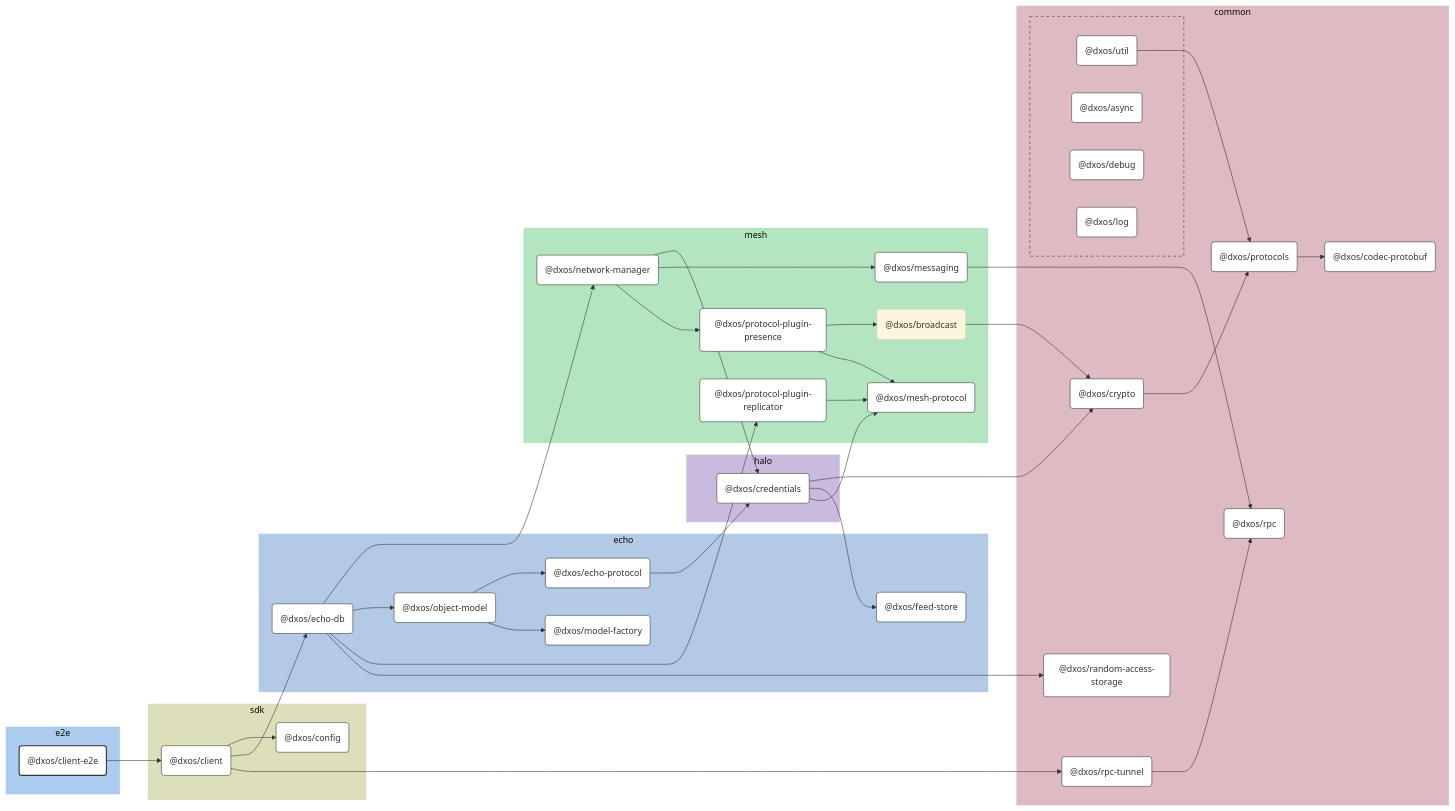
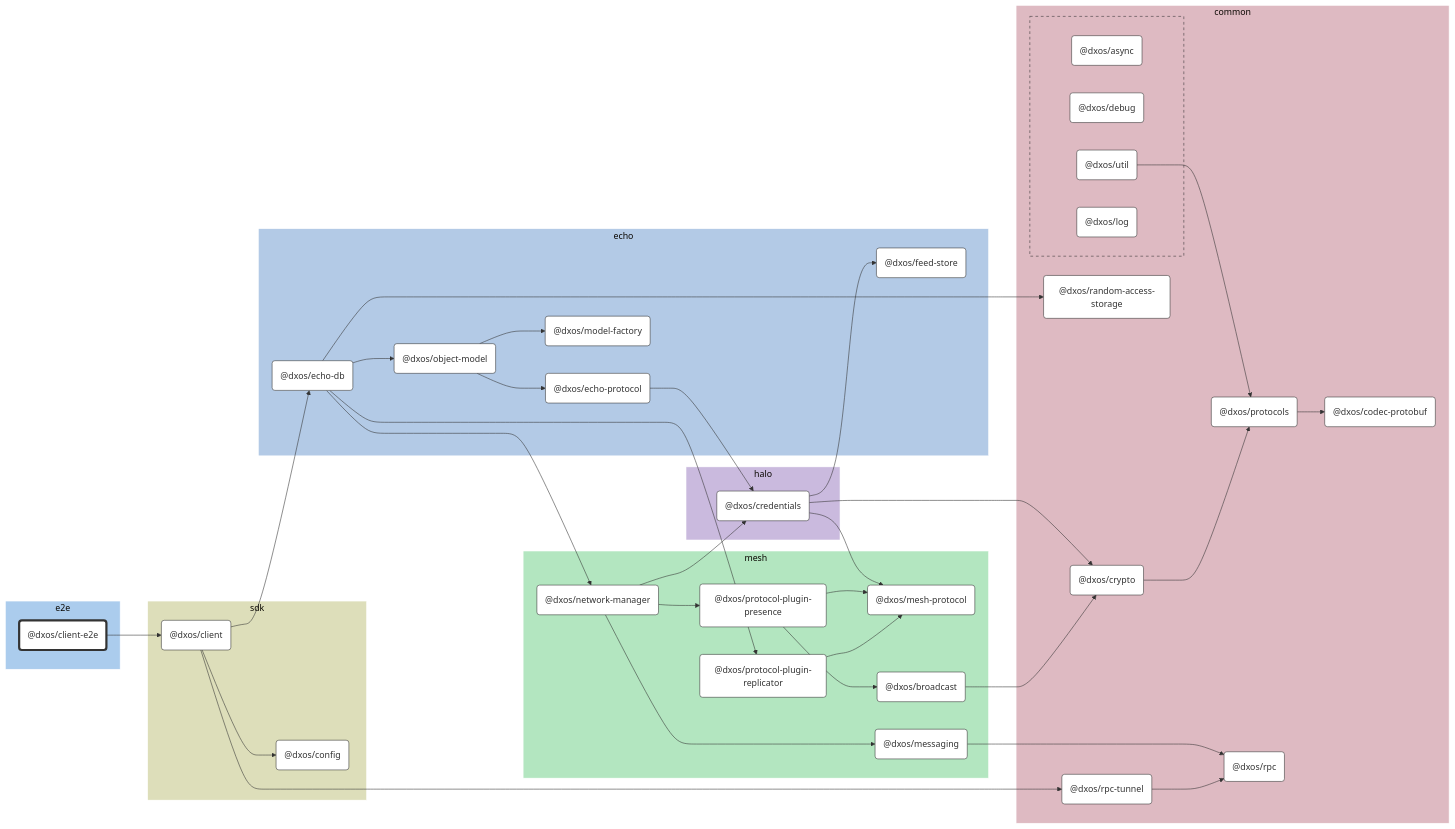
The diagram in e2e/client/docs/README.md (dxos/dxos), drawn with Mermaid (base theme) before and after one commit. The commit also changed other lines of this file and 104 other files, not shown here.

````diff
--- a/e2e/client/docs/README.md
+++ b/e2e/client/docs/README.md
@@ -9,149 +9,116 @@
 
 flowchart LR
 
-%% Links
-dxos/broadcast --> dxos/crypto;
-dxos/client --> dxos/config;
-dxos/client --> dxos/echo-db;
-dxos/client --> dxos/rpc-tunnel;
-dxos/client-e2e --> dxos/client;
-dxos/credentials --> dxos/crypto;
-dxos/credentials --> dxos/feed-store;
-dxos/credentials --> dxos/mesh-protocol;
-dxos/crypto --> dxos/protocols;
-dxos/echo-db --> dxos/network-manager;
-dxos/echo-db --> dxos/object-model;
-dxos/echo-db --> dxos/protocol-plugin-replicator;
-dxos/echo-db --> dxos/random-access-storage;
-dxos/echo-protocol --> dxos/credentials;
-dxos/messaging --> dxos/rpc;
-dxos/network-manager --> dxos/credentials;
-dxos/network-manager --> dxos/messaging;
-dxos/network-manager --> dxos/protocol-plugin-presence;
-dxos/object-model --> dxos/echo-protocol;
-dxos/object-model --> dxos/model-factory;
-dxos/protocol-plugin-presence --> dxos/broadcast;
-dxos/protocol-plugin-presence --> dxos/mesh-protocol;
-dxos/protocol-plugin-replicator --> dxos/mesh-protocol;
-dxos/protocols --> dxos/codec-protobuf;
-dxos/rpc-tunnel --> dxos/rpc;
-dxos/util --> dxos/protocols;
+%% Classes
+classDef def fill:#fff,stroke:#333,stroke-width:1px
+classDef root fill:#fff,stroke:#333,stroke-width:4px
 
-%% Sections
-subgraph e2e
-  style e2e fill:#abcced,stroke:#fff;
+%% Nodes
 
-  dxos/client-e2e("@dxos/client-e2e")
+subgraph e2e [e2e]
+  style e2e fill:#abcced,stroke:#fff
+  dxos/client-e2e("@dxos/client-e2e"):::root
+  click dxos/client-e2e "dxos/dxos/tree/main/e2e/client/docs"
 end
 
-subgraph sdk
-  style sdk fill:#dddeba,stroke:#fff;
-
-  dxos/client("@dxos/client")
-  dxos/config("@dxos/config")
+subgraph sdk [sdk]
+  style sdk fill:#dddeba,stroke:#fff
+  dxos/client("@dxos/client"):::def
+  click dxos/client "dxos/dxos/tree/main/packages/sdk/client/docs"
+  dxos/config("@dxos/config"):::def
+  click dxos/config "dxos/dxos/tree/main/packages/sdk/config/docs"
 end
 
-subgraph common
-  style common fill:#debac2,stroke:#fff;
-
-  dxos/codec-protobuf("@dxos/codec-protobuf")
-  dxos/crypto("@dxos/crypto")
-  dxos/protocols("@dxos/protocols")
-  dxos/random-access-storage("@dxos/random-access-storage")
-  dxos/rpc("@dxos/rpc")
-  dxos/rpc-tunnel("@dxos/rpc-tunnel")
+subgraph common [common]
+  style common fill:#debac2,stroke:#fff
+  dxos/codec-protobuf("@dxos/codec-protobuf"):::def
+  click dxos/codec-protobuf "dxos/dxos/tree/main/packages/common/codec-protobuf/docs"
+  dxos/protocols("@dxos/protocols"):::def
+  click dxos/protocols "dxos/dxos/tree/main/packages/common/protocols/docs"
+  dxos/crypto("@dxos/crypto"):::def
+  click dxos/crypto "dxos/dxos/tree/main/packages/common/crypto/docs"
+  dxos/rpc("@dxos/rpc"):::def
+  click dxos/rpc "dxos/dxos/tree/main/packages/common/rpc/docs"
+  dxos/random-access-storage("@dxos/random-access-storage"):::def
+  click dxos/random-access-storage "dxos/dxos/tree/main/packages/common/random-access-storage/docs"
+  dxos/rpc-tunnel("@dxos/rpc-tunnel"):::def
+  click dxos/rpc-tunnel "dxos/dxos/tree/main/packages/common/rpc-tunnel/docs"
 
   subgraph common-excluded [ ]
-    style common-excluded fill:#debac2,stroke:#333,stroke-dasharray:5 5;
-
-    dxos/async("@dxos/async")
-    dxos/debug("@dxos/debug")
-    dxos/log("@dxos/log")
-    dxos/util("@dxos/util")
+    style common-excluded fill:#debac2,stroke:#333,stroke-dasharray:5 5
+    dxos/async("@dxos/async"):::def
+    click dxos/async "dxos/dxos/tree/main/packages/common/async/docs"
+    dxos/debug("@dxos/debug"):::def
+    click dxos/debug "dxos/dxos/tree/main/packages/common/debug/docs"
+    dxos/util("@dxos/util"):::def
+    click dxos/util "dxos/dxos/tree/main/packages/common/util/docs"
+    dxos/log("@dxos/log"):::def
+    click dxos/log "dxos/dxos/tree/main/packages/common/log/docs"
   end
 end
 
-subgraph echo
-  style echo fill:#b3cae6,stroke:#fff;
-
-  dxos/echo-db("@dxos/echo-db")
-  dxos/echo-protocol("@dxos/echo-protocol")
-  dxos/feed-store("@dxos/feed-store")
-  dxos/model-factory("@dxos/model-factory")
-  dxos/object-model("@dxos/object-model")
+subgraph echo [echo]
+  style echo fill:#b3cae6,stroke:#fff
+  dxos/echo-db("@dxos/echo-db"):::def
+  click dxos/echo-db "dxos/dxos/tree/main/packages/echo/echo-db/docs"
+  dxos/feed-store("@dxos/feed-store"):::def
+  click dxos/feed-store "dxos/dxos/tree/main/packages/echo/feed-store/docs"
+  dxos/echo-protocol("@dxos/echo-protocol"):::def
+  click dxos/echo-protocol "dxos/dxos/tree/main/packages/echo/echo-protocol/docs"
+  dxos/model-factory("@dxos/model-factory"):::def
+  click dxos/model-factory "dxos/dxos/tree/main/packages/echo/model-factory/docs"
+  dxos/object-model("@dxos/object-model"):::def
+  click dxos/object-model "dxos/dxos/tree/main/packages/echo/object-model/docs"
 end
 
-subgraph halo
-  style halo fill:#cabade,stroke:#fff;
-
-  dxos/credentials("@dxos/credentials")
+subgraph halo [halo]
+  style halo fill:#cabade,stroke:#fff
+  dxos/credentials("@dxos/credentials"):::def
+  click dxos/credentials "dxos/dxos/tree/main/packages/halo/credentials/docs"
 end
 
-subgraph mesh
-  style mesh fill:#b3e6c0,stroke:#fff;
-
-  dxos/broadcast("@dxos/broadcast")
-  dxos/mesh-protocol("@dxos/mesh-protocol")
-  dxos/messaging("@dxos/messaging")
-  dxos/network-manager("@dxos/network-manager")
-  dxos/protocol-plugin-presence("@dxos/protocol-plugin-presence")
-  dxos/protocol-plugin-replicator("@dxos/protocol-plugin-replicator")
+subgraph mesh [mesh]
+  style mesh fill:#b3e6c0,stroke:#fff
+  dxos/mesh-protocol("@dxos/mesh-protocol"):::def
+  click dxos/mesh-protocol "dxos/dxos/tree/main/packages/mesh/mesh-protocol/docs"
+  dxos/messaging("@dxos/messaging"):::def
+  click dxos/messaging "dxos/dxos/tree/main/packages/mesh/messaging/docs"
+  dxos/network-manager("@dxos/network-manager"):::def
+  click dxos/network-manager "dxos/dxos/tree/main/packages/mesh/network-manager/docs"
+  dxos/protocol-plugin-presence("@dxos/protocol-plugin-presence"):::def
+  click dxos/protocol-plugin-presence "dxos/dxos/tree/main/packages/mesh/protocol-plugin-presence/docs"
+  dxos/broadcast("@dxos/broadcast"):::def
+  click dxos/broadcast "dxos/dxos/tree/main/packages/mesh/broadcast/docs"
+  dxos/protocol-plugin-replicator("@dxos/protocol-plugin-replicator"):::def
+  click dxos/protocol-plugin-replicator "dxos/dxos/tree/main/packages/mesh/protocol-plugin-replicator/docs"
 end
 
-
-%% Hyperlinks
-click dxos/async "dxos/dxos/tree/main/packages/common/async/docs";
-click dxos/client "dxos/dxos/tree/main/packages/sdk/client/docs";
-click dxos/codec-protobuf "dxos/dxos/tree/main/packages/common/codec-protobuf/docs";
-click dxos/config "dxos/dxos/tree/main/packages/sdk/config/docs";
-click dxos/credentials "dxos/dxos/tree/main/packages/halo/credentials/docs";
-click dxos/crypto "dxos/dxos/tree/main/packages/common/crypto/docs";
-click dxos/debug "dxos/dxos/tree/main/packages/common/debug/docs";
-click dxos/echo-db "dxos/dxos/tree/main/packages/echo/echo-db/docs";
-click dxos/echo-protocol "dxos/dxos/tree/main/packages/echo/echo-protocol/docs";
-click dxos/feed-store "dxos/dxos/tree/main/packages/echo/feed-store/docs";
-click dxos/log "dxos/dxos/tree/main/packages/common/log/docs";
-click dxos/mesh-protocol "dxos/dxos/tree/main/packages/mesh/mesh-protocol/docs";
-click dxos/messaging "dxos/dxos/tree/main/packages/mesh/messaging/docs";
-click dxos/model-factory "dxos/dxos/tree/main/packages/echo/model-factory/docs";
-click dxos/network-manager "dxos/dxos/tree/main/packages/mesh/network-manager/docs";
-click dxos/object-model "dxos/dxos/tree/main/packages/echo/object-model/docs";
-click dxos/protocol-plugin-presence "dxos/dxos/tree/main/packages/mesh/protocol-plugin-presence/docs";
-click dxos/protocol-plugin-replicator "dxos/dxos/tree/main/packages/mesh/protocol-plugin-replicator/docs";
-click dxos/protocols "dxos/dxos/tree/main/packages/common/protocols/docs";
-click dxos/random-access-storage "dxos/dxos/tree/main/packages/common/random-access-storage/docs";
-click dxos/rpc "dxos/dxos/tree/main/packages/common/rpc/docs";
-click dxos/rpc-tunnel "dxos/dxos/tree/main/packages/common/rpc-tunnel/docs";
-click dxos/util "dxos/dxos/tree/main/packages/common/util/docs";
-
-%% Styles
-classDef rootNode fill:#fff,stroke:#333,stroke-width:2px
-classDef defaultNode fill:#fff,stroke:#333,stroke-width:1px
+%% Links
 linkStyle default stroke:#333,stroke-width:1px
-
-dxos/client-e2e:::rootNode
-
-dxos/async:::defaultNode
-dxos/client:::defaultNode
-dxos/codec-protobuf:::defaultNode
-dxos/config:::defaultNode
-dxos/credentials:::defaultNode
-dxos/crypto:::defaultNode
-dxos/debug:::defaultNode
-dxos/echo-db:::defaultNode
-dxos/echo-protocol:::defaultNode
-dxos/feed-store:::defaultNode
-dxos/log:::defaultNode
-dxos/mesh-protocol:::defaultNode
-dxos/messaging:::defaultNode
-dxos/model-factory:::defaultNode
-dxos/network-manager:::defaultNode
-dxos/object-model:::defaultNode
-dxos/protocol-plugin-presence:::defaultNode
-dxos/protocol-plugin-replicator:::defaultNode
-dxos/protocols:::defaultNode
-dxos/random-access-storage:::defaultNode
-dxos/rpc:::defaultNode
-dxos/rpc-tunnel:::defaultNode
-dxos/util:::defaultNode
+dxos/client-e2e --> dxos/client
+dxos/client --> dxos/config
+dxos/protocols --> dxos/codec-protobuf
+dxos/util --> dxos/protocols
+dxos/client --> dxos/echo-db
+dxos/credentials --> dxos/crypto
+dxos/crypto --> dxos/protocols
+dxos/credentials --> dxos/feed-store
+dxos/credentials --> dxos/mesh-protocol
+dxos/echo-protocol --> dxos/credentials
+dxos/messaging --> dxos/rpc
+dxos/echo-db --> dxos/network-manager
+dxos/network-manager --> dxos/credentials
+dxos/network-manager --> dxos/messaging
+dxos/network-manager --> dxos/protocol-plugin-presence
+dxos/protocol-plugin-presence --> dxos/broadcast
+dxos/broadcast --> dxos/crypto
+dxos/protocol-plugin-presence --> dxos/mesh-protocol
+dxos/echo-db --> dxos/object-model
+dxos/object-model --> dxos/echo-protocol
+dxos/object-model --> dxos/model-factory
+dxos/echo-db --> dxos/protocol-plugin-replicator
+dxos/protocol-plugin-replicator --> dxos/mesh-protocol
+dxos/echo-db --> dxos/random-access-storage
+dxos/client --> dxos/rpc-tunnel
+dxos/rpc-tunnel --> dxos/rpc
 ```
````
